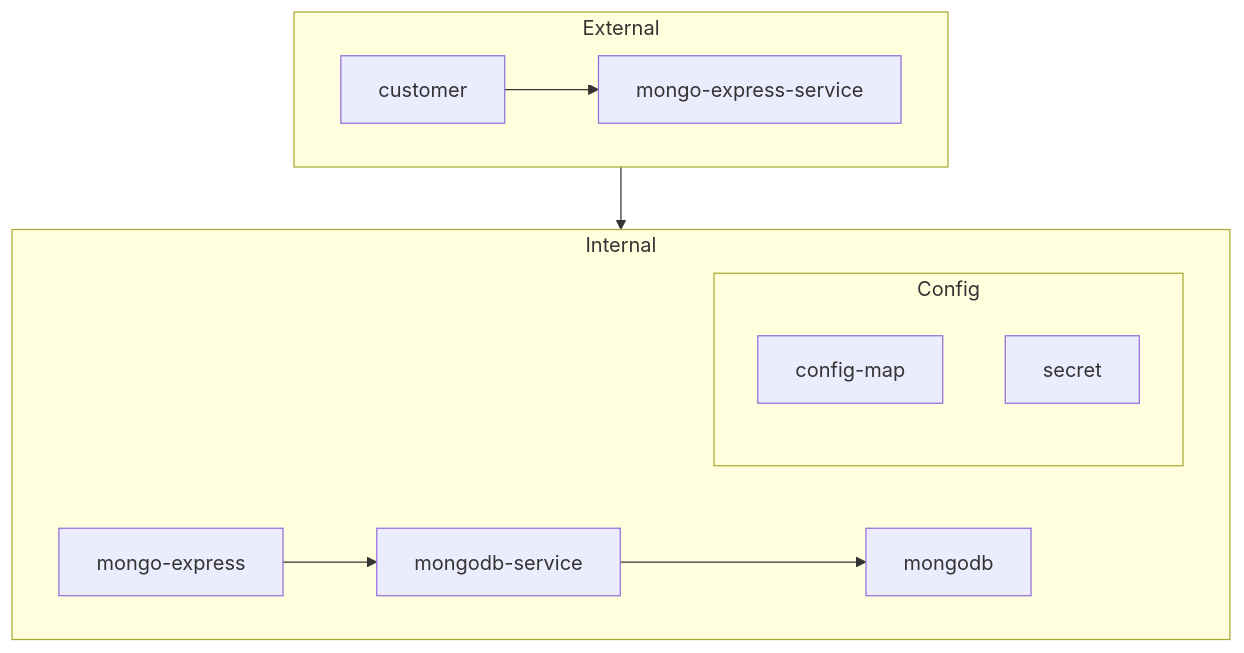
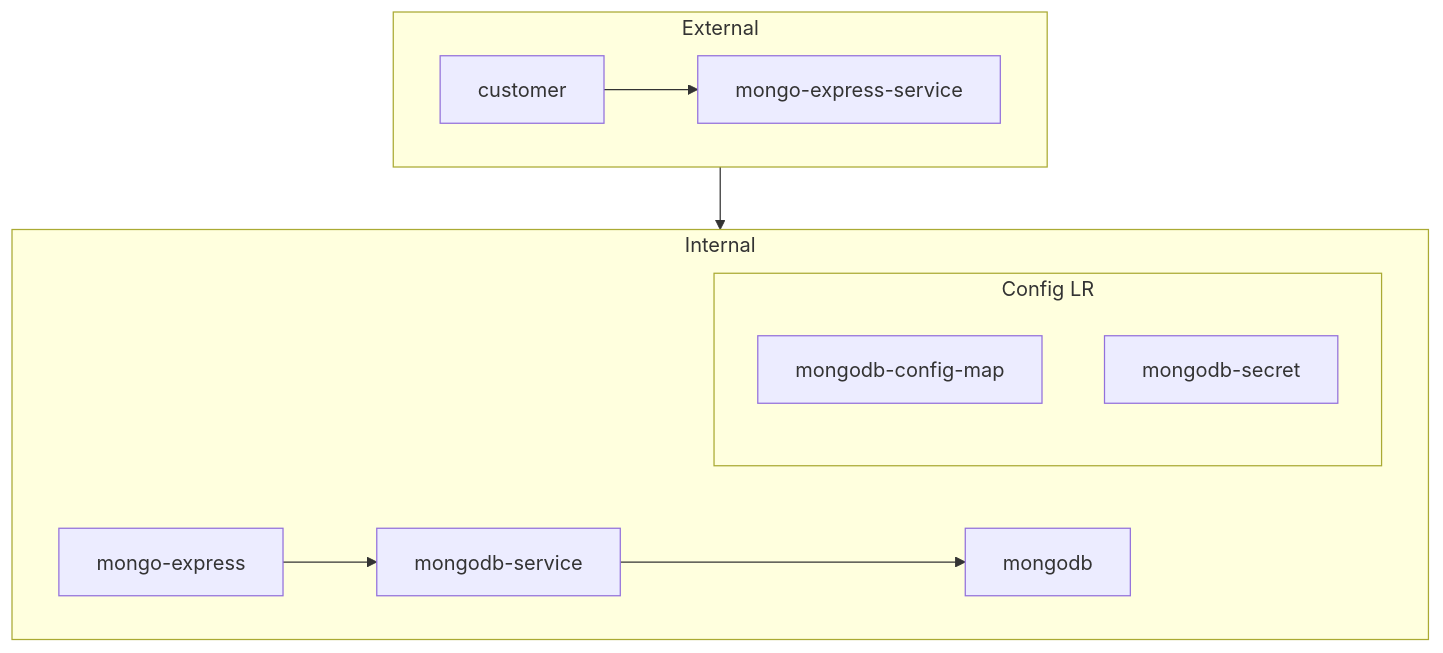
The diagram in README.md (quckslvr/infra-mongodb-demo), drawn with Mermaid before and after one commit. The commit also changed other lines of this file and 1 other file, not shown here.

````diff
--- a/README.md
+++ b/README.md
@@ -3,17 +5,17 @@
 ```mermaid
 flowchart TB;
     subgraph External
         direction LR
         customer --> mongo-express-service
     end
     subgraph Internal
         direction LR
         mongo-express --> mongodb-service
         mongodb-service --> mongodb
-        subgraph Config
-            config-map
-            secret
+        subgraph Config LR
+            mongodb-config-map
+            mongodb-secret
         end
     end
     External --> Internal
 ```
````
